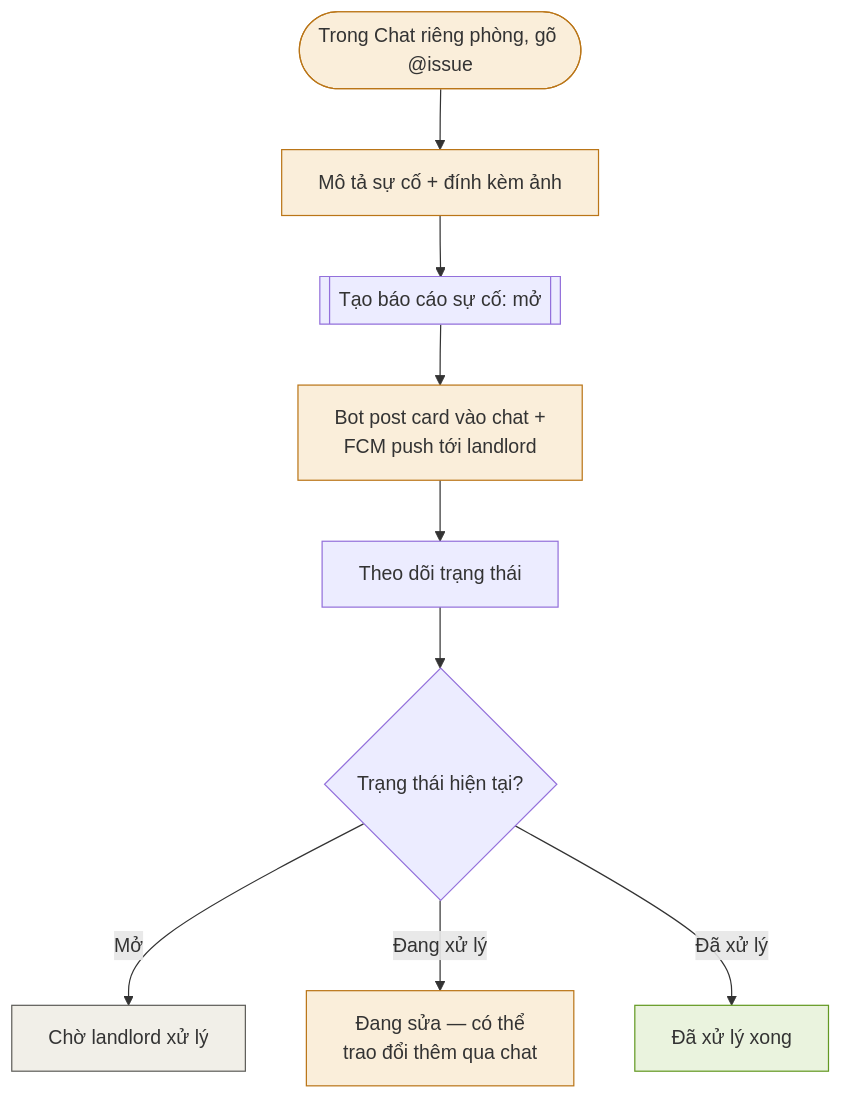
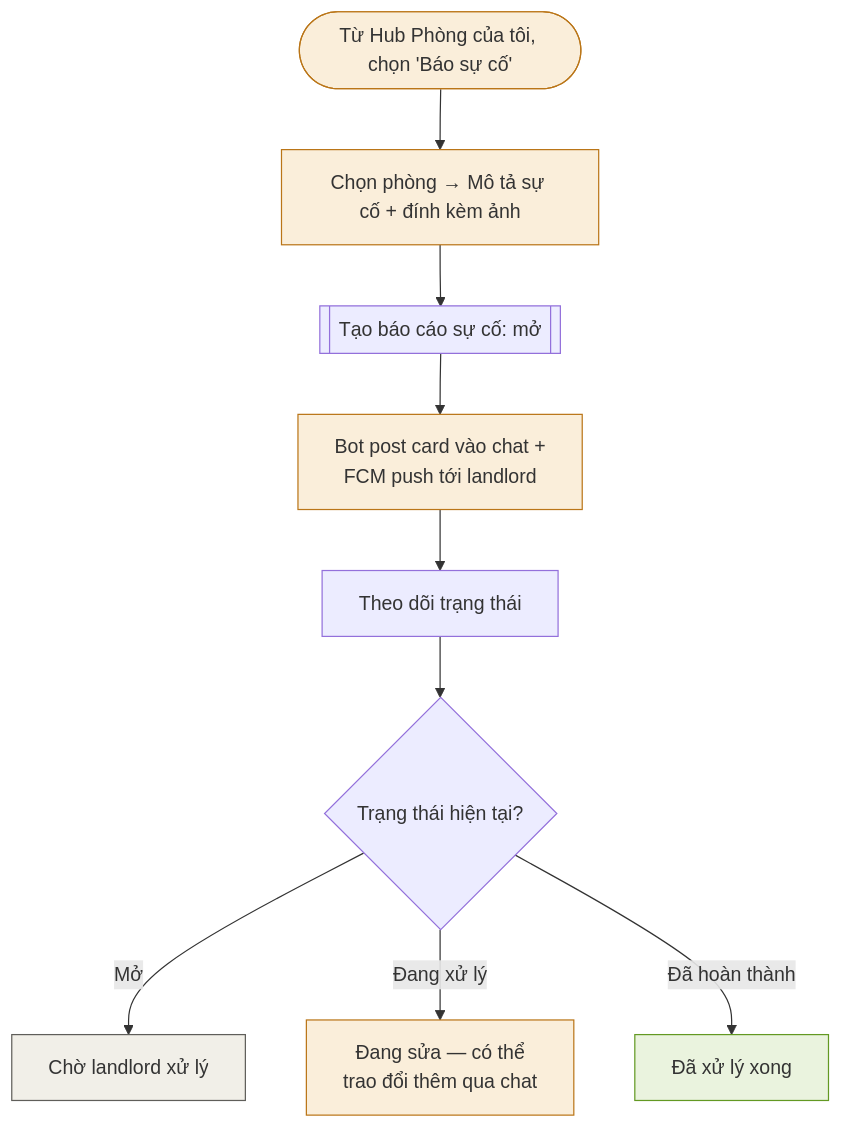
Diagram 15 of 17 in phase-1/discovery/user_flow/tenant-user-flow.md (pbl6-home-renter/docs), drawn with Mermaid before and after one commit. The commit also changed other lines of this file and 6 other files, not shown here.

````diff
--- a/phase-1/discovery/user_flow/tenant-user-flow.md
+++ b/phase-1/discovery/user_flow/tenant-user-flow.md
@@ -381,18 +333,18 @@
 ```mermaid
 flowchart TD
-    Start(["Trong Chat riêng phòng, gõ @issue"]) --> Form["Mô tả sự cố + đính kèm ảnh"]
+    Start(["Từ Hub Phòng của tôi, chọn 'Báo sự cố'"]) --> Form["Chọn phòng → Mô tả sự cố + đính kèm ảnh"]
     Form --> Create[["Tạo báo cáo sự cố: mở"]]
     Create --> Notify["Bot post card vào chat +\nFCM push tới landlord"]
     Notify --> Track["Theo dõi trạng thái"]
     Track --> Status{"Trạng thái hiện tại?"}
     Status -->|"Mở"| Wait["Chờ landlord xử lý"]
     Status -->|"Đang xử lý"| Progress["Đang sửa — có thể\ntrao đổi thêm qua chat"]
-    Status -->|"Đã xử lý"| Done["Đã xử lý xong"]
+    Status -->|"Đã hoàn thành"| Done["Đã xử lý xong"]
 
     style Start fill:#faeeda,stroke:#ba7517
     style Form fill:#faeeda,stroke:#ba7517
     style Notify fill:#faeeda,stroke:#ba7517
     style Wait fill:#f1efe8,stroke:#5f5e5a
     style Progress fill:#faeeda,stroke:#ba7517
     style Done fill:#eaf3de,stroke:#639922
 ```
````
